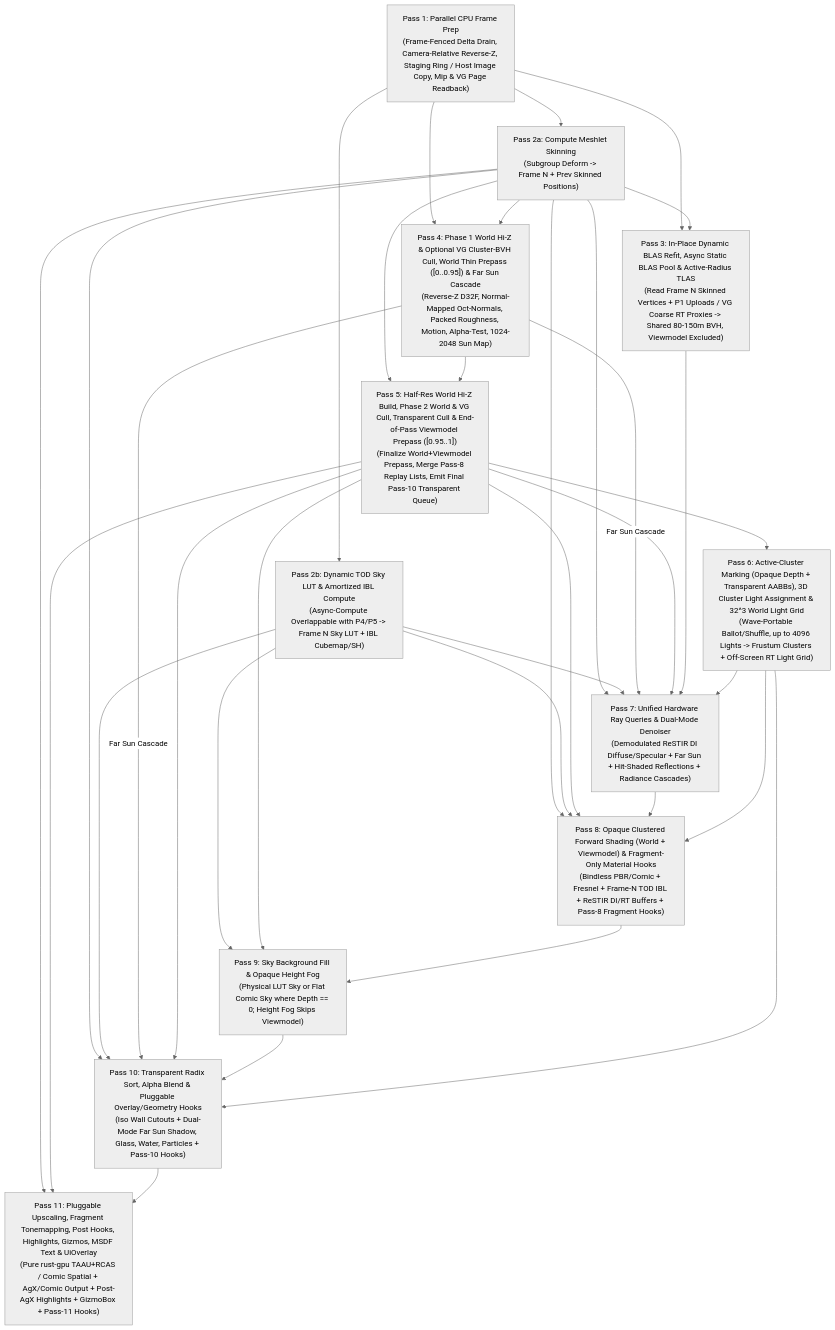
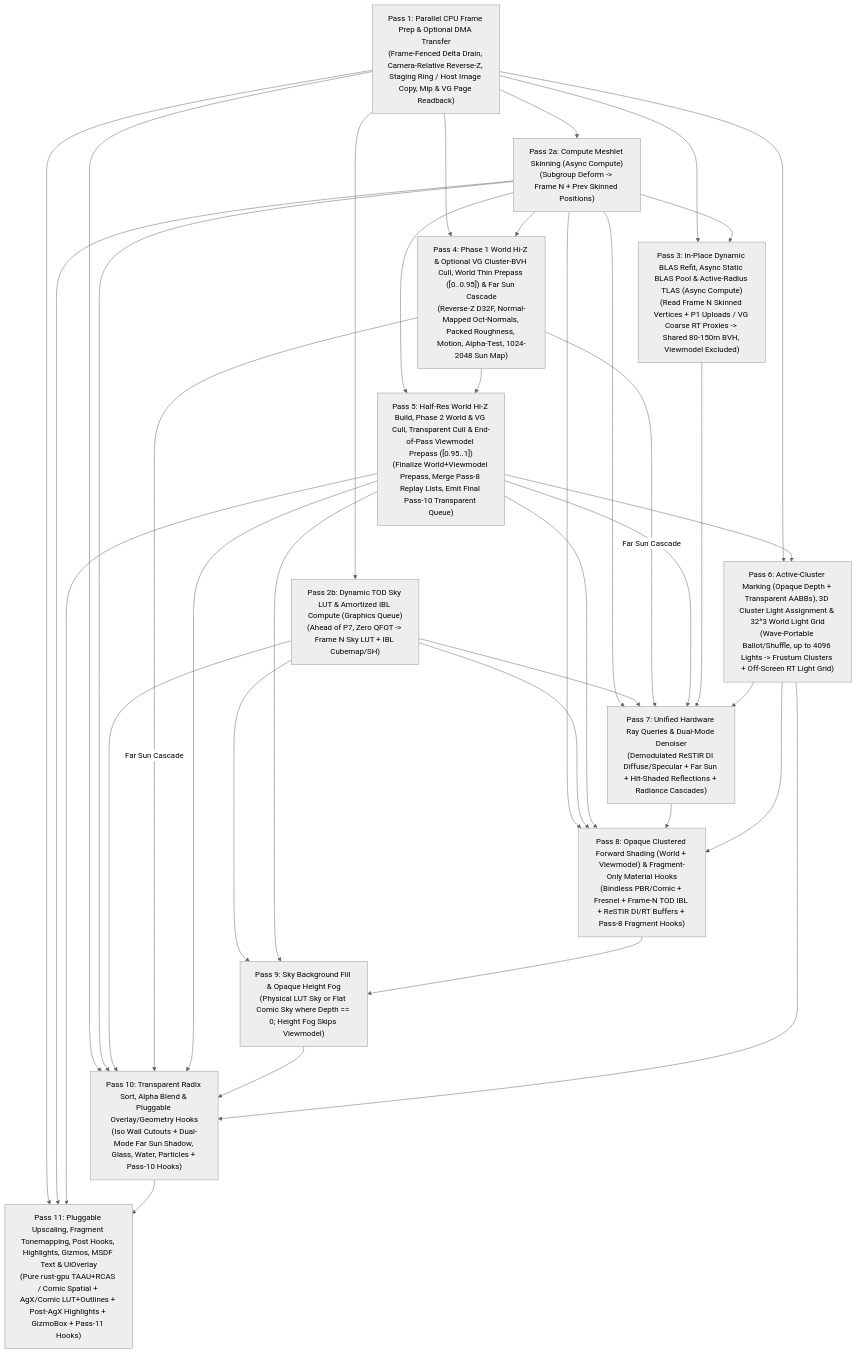
The diagram in docs/graphics-architecture.md (dragon-engine/dragon-engine), drawn with Mermaid (neutral theme) before and after one commit. The commit also changed other lines of this file and 1 other file, not shown here.

First line of the commit message:
Clarify render graph queues and indirect baseline

````diff
--- a/docs/graphics-architecture.md
+++ b/docs/graphics-architecture.md
@@ -45,48 +45,51 @@
 ```mermaid
 flowchart TD
-    P1["Pass 1: Parallel CPU Frame Prep\n(Frame-Fenced Delta Drain, Camera-Relative Reverse-Z, Staging Ring / Host Image Copy, Mip & VG Page Readback)"]
-    P2A["Pass 2a: Compute Meshlet Skinning\n(Subgroup Deform -> Frame N + Prev Skinned Positions)"]
-    P2B["Pass 2b: Dynamic TOD Sky LUT & Amortized IBL Compute\n(Async-Compute Overlappable with P4/P5 -> Frame N Sky LUT + IBL Cubemap/SH)"]
-    P3["Pass 3: In-Place Dynamic BLAS Refit, Async Static BLAS Pool & Active-Radius TLAS\n(Read Frame N Skinned Vertices + P1 Uploads / VG Coarse RT Proxies -> Shared 80-150m BVH, Viewmodel Excluded)"]
+    P1["Pass 1: Parallel CPU Frame Prep & Optional DMA Transfer\n(Frame-Fenced Delta Drain, Camera-Relative Reverse-Z, Staging Ring / Host Image Copy, Mip & VG Page Readback)"]
+    P2A["Pass 2a: Compute Meshlet Skinning (Async Compute)\n(Subgroup Deform -> Frame N + Prev Skinned Positions)"]
+    P2B["Pass 2b: Dynamic TOD Sky LUT & Amortized IBL Compute (Graphics Queue)\n(Ahead of P7, Zero QFOT -> Frame N Sky LUT + IBL Cubemap/SH)"]
+    P3["Pass 3: In-Place Dynamic BLAS Refit, Async Static BLAS Pool & Active-Radius TLAS (Async Compute)\n(Read Frame N Skinned Vertices + P1 Uploads / VG Coarse RT Proxies -> Shared 80-150m BVH, Viewmodel Excluded)"]
     P4["Pass 4: Phase 1 World Hi-Z & Optional VG Cluster-BVH Cull, World Thin Prepass ([0..0.95]) & Far Sun Cascade\n(Reverse-Z D32F, Normal-Mapped Oct-Normals, Packed Roughness, Motion, Alpha-Test, 1024-2048 Sun Map)"]
     P5["Pass 5: Half-Res World Hi-Z Build, Phase 2 World & VG Cull, Transparent Cull & End-of-Pass Viewmodel Prepass ([0.95..1])\n(Finalize World+Viewmodel Prepass, Merge Pass-8 Replay Lists, Emit Final Pass-10 Transparent Queue)"]
     P6["Pass 6: Active-Cluster Marking (Opaque Depth + Transparent AABBs), 3D Cluster Light Assignment & 32^3 World Light Grid\n(Wave-Portable Ballot/Shuffle, up to 4096 Lights -> Frustum Clusters + Off-Screen RT Light Grid)"]
     P7["Pass 7: Unified Hardware Ray Queries & Dual-Mode Denoiser\n(Demodulated ReSTIR DI Diffuse/Specular + Far Sun + Hit-Shaded Reflections + Radiance Cascades)"]
     P8["Pass 8: Opaque Clustered Forward Shading (World + Viewmodel) & Fragment-Only Material Hooks\n(Bindless PBR/Comic + Fresnel + Frame-N TOD IBL + ReSTIR DI/RT Buffers + Pass-8 Fragment Hooks)"]
     P9["Pass 9: Sky Background Fill & Opaque Height Fog\n(Physical LUT Sky or Flat Comic Sky where Depth == 0; Height Fog Skips Viewmodel)"]
     P10["Pass 10: Transparent Radix Sort, Alpha Blend & Pluggable Overlay/Geometry Hooks\n(Iso Wall Cutouts + Dual-Mode Far Sun Shadow, Glass, Water, Particles + Pass-10 Hooks)"]
-    P11["Pass 11: Pluggable Upscaling, Fragment Tonemapping, Post Hooks, Highlights, Gizmos, MSDF Text & UiOverlay\n(Pure rust-gpu TAAU+RCAS / Comic Spatial + AgX/Comic Output + Post-AgX Highlights + GizmoBox + Pass-11 Hooks)"]
+    P11["Pass 11: Pluggable Upscaling, Fragment Tonemapping, Post Hooks, Highlights, Gizmos, MSDF Text & UiOverlay\n(Pure rust-gpu TAAU+RCAS / Comic Spatial + AgX/Comic LUT+Outlines + Post-AgX Highlights + GizmoBox + Pass-11 Hooks)"]
 
     P1 --> P2A
     P1 --> P2B
     P1 --> P3
     P1 --> P4
+    P1 --> P6
+    P1 --> P10
+    P1 --> P11
     P2A --> P3
     P2A --> P4
     P2A --> P5
     P2A --> P7
     P2A --> P8
     P2A --> P10
     P2A --> P11
     P2B --> P7
     P2B --> P8
     P2B --> P9
     P2B --> P10
     P4 --> P5
     P4 -->|Far Sun Cascade| P7
     P4 -->|Far Sun Cascade| P10
     P5 --> P6
     P5 --> P7
     P5 --> P8
     P5 --> P9
     P5 --> P10
     P5 --> P11
     P3 --> P7
     P6 --> P7
     P7 --> P8
     P6 --> P8
     P8 --> P9
     P9 --> P10
     P6 --> P10
     P10 --> P11
 ```
````
